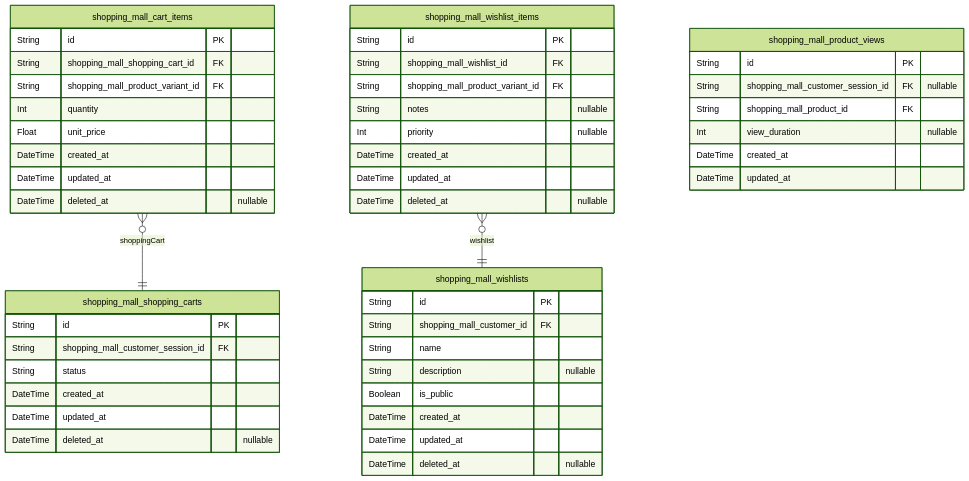
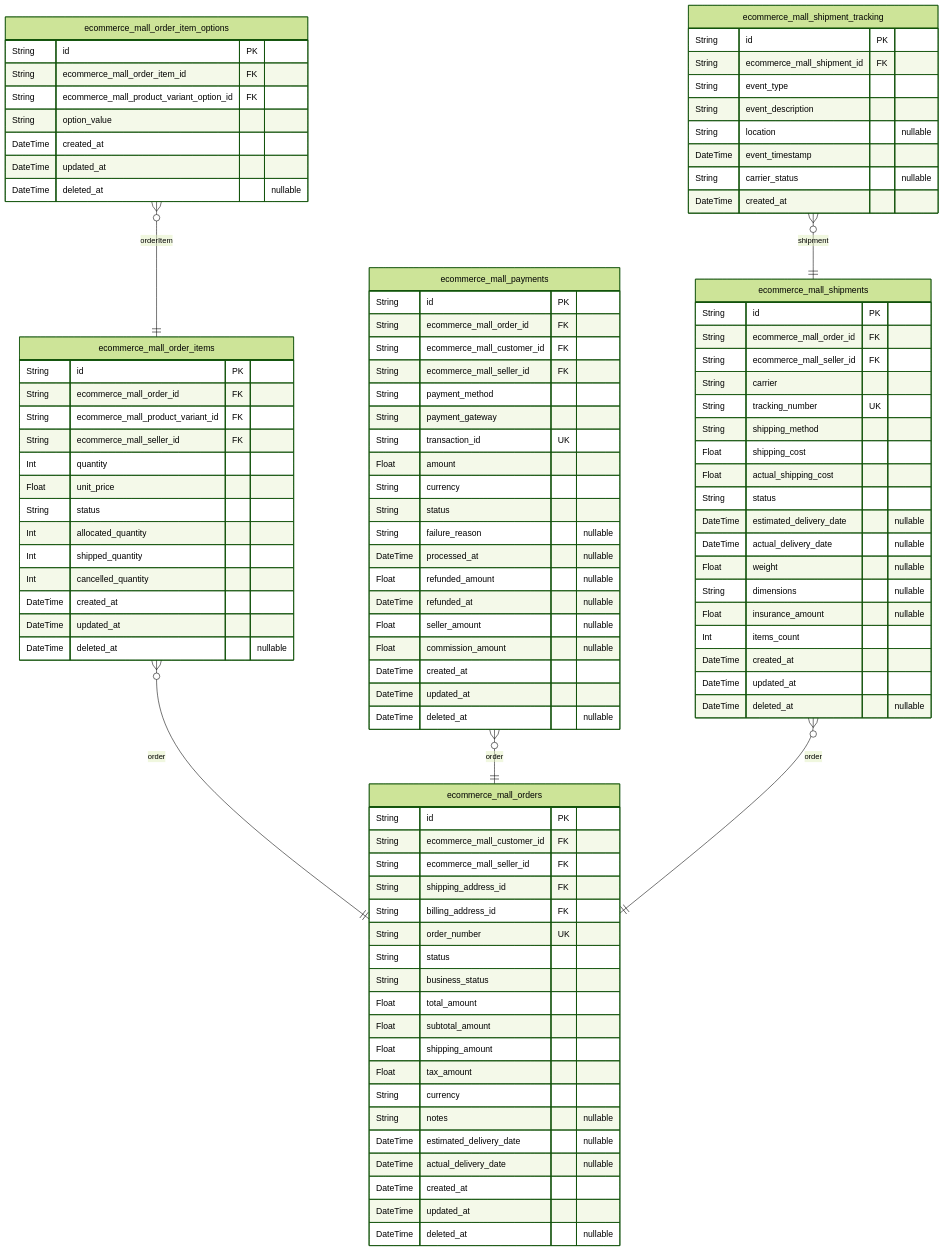
One commit to wrtnlabs/autobe-examples changed the fifth of 10 diagrams in deepseek/deepseek-v3.1-terminus-exacto/shopping/docs/ERD.md. Above: the diagram before and after it, drawn with Mermaid (forest theme). The commit also changed other lines of this file and 22498 other files, not shown here.

````diff
--- a/deepseek/deepseek-v3.1-terminus-exacto/shopping/docs/ERD.md
+++ b/deepseek/deepseek-v3.1-terminus-exacto/shopping/docs/ERD.md
@@ -681,51 +1165,104 @@
 ```mermaid
 erDiagram
-"shopping_mall_shopping_carts" {
+"ecommerce_mall_orders" {
   String id PK
-  String shopping_mall_customer_session_id FK
+  String ecommerce_mall_customer_id FK
+  String ecommerce_mall_seller_id FK
+  String shipping_address_id FK
+  String billing_address_id FK
+  String order_number UK
   String status
+  String business_status
+  Float total_amount
+  Float subtotal_amount
+  Float shipping_amount
+  Float tax_amount
+  String currency
+  String notes "nullable"
+  DateTime estimated_delivery_date "nullable"
+  DateTime actual_delivery_date "nullable"
   DateTime created_at
   DateTime updated_at
   DateTime deleted_at "nullable"
 }
-"shopping_mall_cart_items" {
+"ecommerce_mall_order_items" {
   String id PK
-  String shopping_mall_shopping_cart_id FK
-  String shopping_mall_product_variant_id FK
+  String ecommerce_mall_order_id FK
+  String ecommerce_mall_product_variant_id FK
+  String ecommerce_mall_seller_id FK
   Int quantity
   Float unit_price
+  String status
+  Int allocated_quantity
+  Int shipped_quantity
+  Int cancelled_quantity
   DateTime created_at
   DateTime updated_at
   DateTime deleted_at "nullable"
 }
-"shopping_mall_wishlists" {
+"ecommerce_mall_order_item_options" {
   String id PK
-  String shopping_mall_customer_id FK
-  String name
-  String description "nullable"
-  Boolean is_public
+  String ecommerce_mall_order_item_id FK
+  String ecommerce_mall_product_variant_option_id FK
+  String option_value
   DateTime created_at
   DateTime updated_at
   DateTime deleted_at "nullable"
 }
-"shopping_mall_wishlist_items" {
+"ecommerce_mall_payments" {
   String id PK
-  String shopping_mall_wishlist_id FK
-  String shopping_mall_product_variant_id FK
-  String notes "nullable"
-  Int priority "nullable"
+  String ecommerce_mall_order_id FK
+  String ecommerce_mall_customer_id FK
+  String ecommerce_mall_seller_id FK
+  String payment_method
+  String payment_gateway
+  String transaction_id UK
+  Float amount
+  String currency
+  String status
+  String failure_reason "nullable"
+  DateTime processed_at "nullable"
+  Float refunded_amount "nullable"
+  DateTime refunded_at "nullable"
+  Float seller_amount "nullable"
+  Float commission_amount "nullable"
   DateTime created_at
   DateTime updated_at
   DateTime deleted_at "nullable"
 }
-"shopping_mall_product_views" {
+"ecommerce_mall_shipments" {
   String id PK
-  String shopping_mall_customer_session_id FK "nullable"
-  String shopping_mall_product_id FK
-  Int view_duration "nullable"
+  String ecommerce_mall_order_id FK
+  String ecommerce_mall_seller_id FK
+  String carrier
+  String tracking_number UK
+  String shipping_method
+  Float shipping_cost
+  Float actual_shipping_cost
+  String status
+  DateTime estimated_delivery_date "nullable"
+  DateTime actual_delivery_date "nullable"
+  Float weight "nullable"
+  String dimensions "nullable"
+  Float insurance_amount "nullable"
+  Int items_count
   DateTime created_at
   DateTime updated_at
+  DateTime deleted_at "nullable"
 }
-"shopping_mall_cart_items" }o--|| "shopping_mall_shopping_carts" : shoppingCart
-"shopping_mall_wishlist_items" }o--|| "shopping_mall_wishlists" : wishlist
+"ecommerce_mall_shipment_tracking" {
+  String id PK
+  String ecommerce_mall_shipment_id FK
+  String event_type
+  String event_description
+  String location "nullable"
+  DateTime event_timestamp
+  String carrier_status "nullable"
+  DateTime created_at
+}
+"ecommerce_mall_order_items" }o--|| "ecommerce_mall_orders" : order
+"ecommerce_mall_order_item_options" }o--|| "ecommerce_mall_order_items" : orderItem
+"ecommerce_mall_payments" }o--|| "ecommerce_mall_orders" : order
+"ecommerce_mall_shipments" }o--|| "ecommerce_mall_orders" : order
+"ecommerce_mall_shipment_tracking" }o--|| "ecommerce_mall_shipments" : shipment
 ```
````
